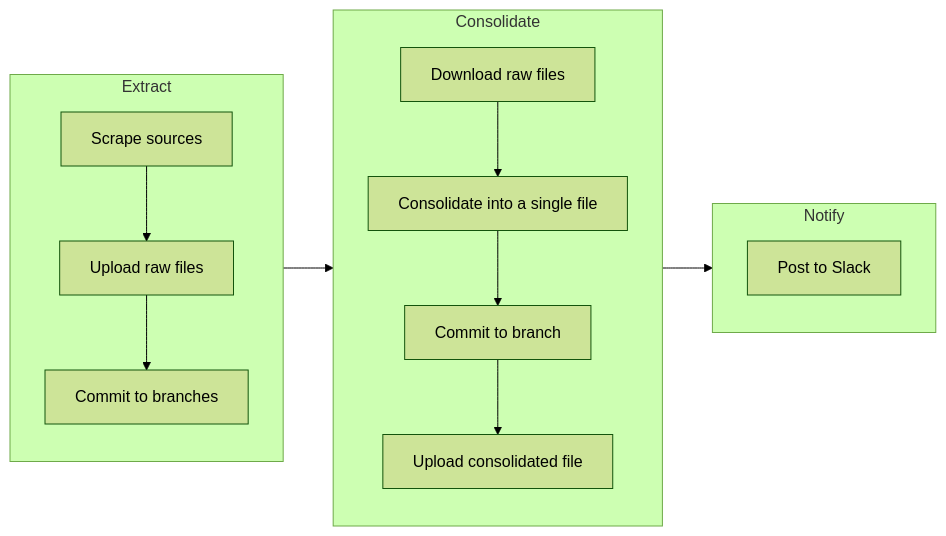
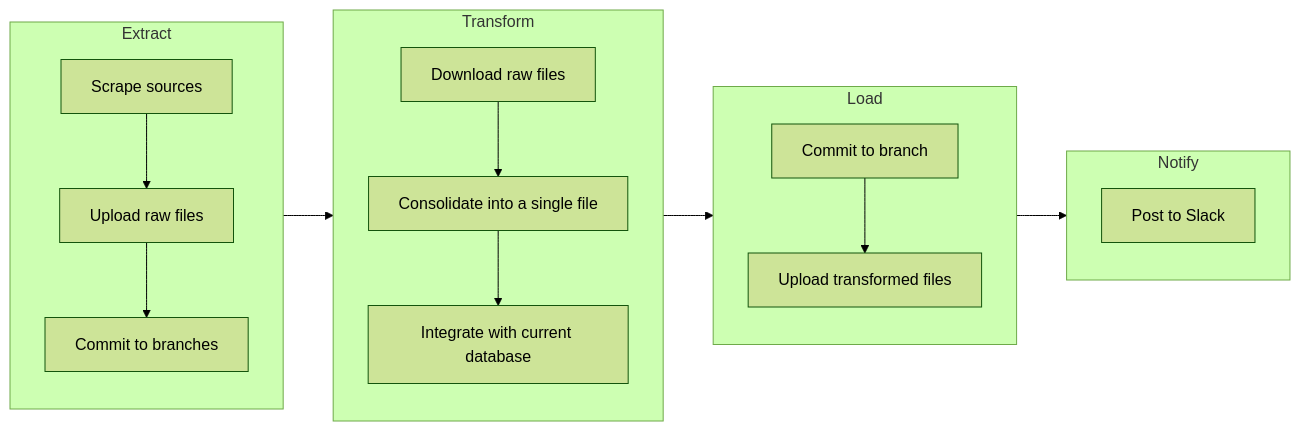
One commit to biglocalnews/warn-github-flow changed the diagram in README.md. Above: the diagram before and after it, drawn with Mermaid (forest theme).

````diff
--- a/README.md
+++ b/README.md
@@ -12,17 +12,20 @@
 ```mermaid
 flowchart LR
     subgraph Extract
     A[Scrape sources] --> B[Upload raw files]
     B --> C[Commit to branches]
     end
-    subgraph Consolidate
+    subgraph Transform
     D[Download raw files] --> E[Consolidate into a single file]
-    E --> F[Commit to branch]
-    F --> G[Upload consolidated file]
+    E --> F[Integrate with current database]
+    end
+    subgraph Load
+    H[Commit to branch] --> I[Upload transformed files]
     end
     subgraph Notify
-    H[Post to Slack]
+    J[Post to Slack]
     end
-    Extract --> Consolidate
-    Consolidate --> Notify
+    Extract --> Transform
+    Transform --> Load
+    Load --> Notify
 ```
````
